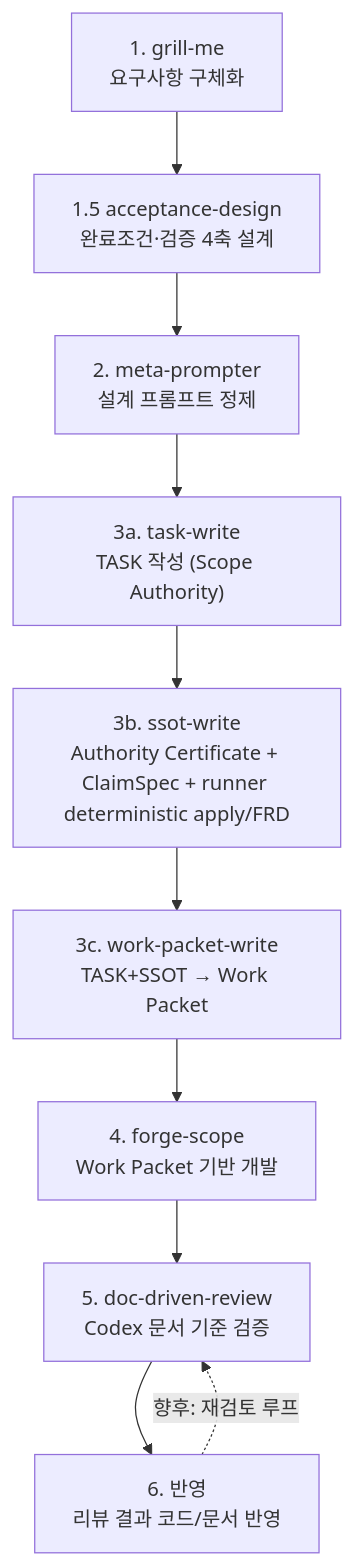
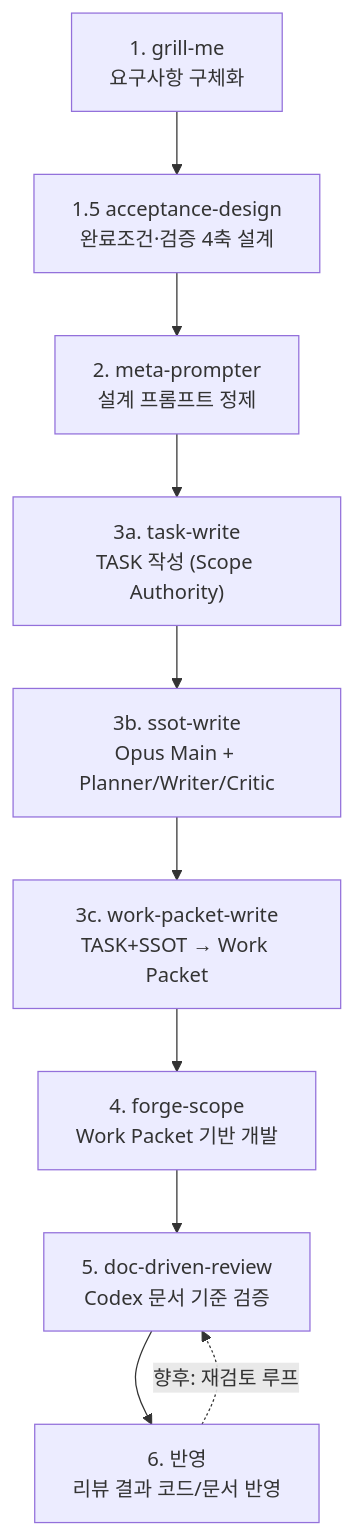
The diagram in docs/DEVELOPMENT_PIPELINE.md (JaeCheon8587/Claudecode-For-Me), drawn with Mermaid before and after one commit. The commit also changed other lines of this file and 29 other files, not shown here.

First line of the commit message:
feat(ssot-write): 멀티 에이전트 3-agent review loop 전환 (plugin v3.26.0)

````diff
--- a/docs/DEVELOPMENT_PIPELINE.md
+++ b/docs/DEVELOPMENT_PIPELINE.md
@@ -41,12 +43,12 @@
 ```mermaid
 flowchart TD
     A["1. grill-me<br/>요구사항 구체화"] --> A2["1.5 acceptance-design<br/>완료조건·검증 4축 설계"]
     A2 --> B["2. meta-prompter<br/>설계 프롬프트 정제"]
     B --> C1["3a. task-write<br/>TASK 작성 (Scope Authority)"]
-    C1 --> C2["3b. ssot-write<br/>Authority Certificate + ClaimSpec + runner deterministic apply/FRD"]
+    C1 --> C2["3b. ssot-write<br/>Opus Main + Planner/Writer/Critic"]
     C2 --> C3["3c. work-packet-write<br/>TASK+SSOT → Work Packet"]
     C3 --> F["4. forge-scope<br/>Work Packet 기반 개발"]
     F --> G["5. doc-driven-review<br/>Codex 문서 기준 검증"]
     G --> H["6. 반영<br/>리뷰 결과 코드/문서 반영"]
     H -.->|향후: 재검토 루프| G
 ```
````
